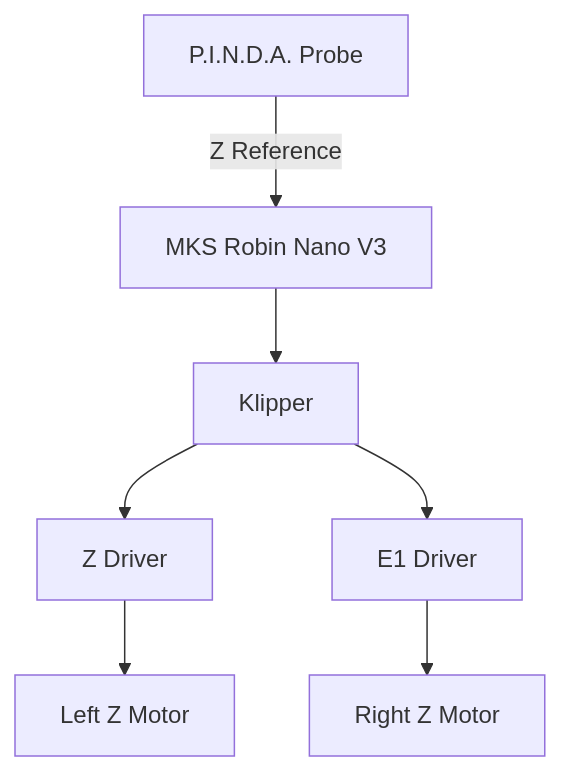
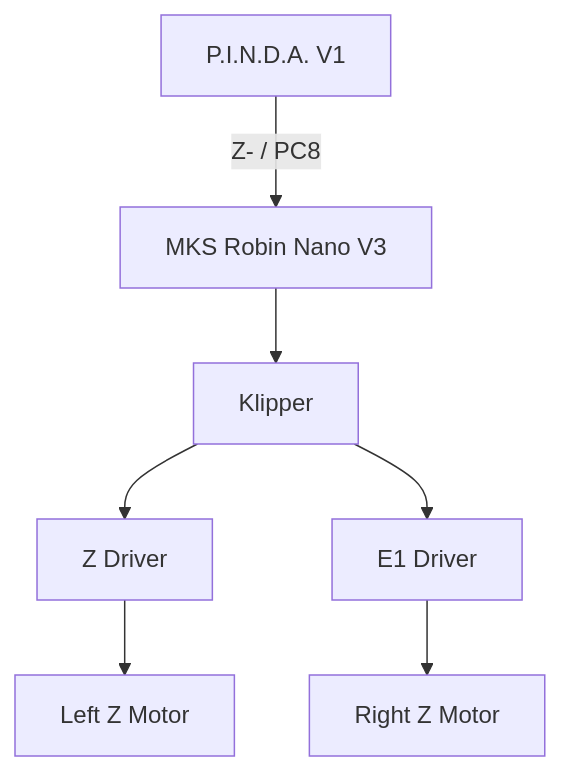
The third of 3 diagrams in docs/3d-printers/my-cloner/wiring/motors-and-homing.md (EdgarMata/MY-Machines-Docs), drawn with Mermaid before and after one commit. The commit also changed other lines of this file and 68 other files, not shown here.

````diff
--- a/docs/3d-printers/my-cloner/wiring/motors-and-homing.md
+++ b/docs/3d-printers/my-cloner/wiring/motors-and-homing.md
@@ -320,11 +312,11 @@
 ```mermaid
 graph TD
-    PINDA[P.I.N.D.A. Probe] -->|Z Reference| MCU[MKS Robin Nano V3]
+    PINDA[P.I.N.D.A. V1] -->|Z- / PC8| MCU[MKS Robin Nano V3]
     MCU --> KLIPPER[Klipper]
 
     KLIPPER --> ZDRV[Z Driver]
     KLIPPER --> E1DRV[E1 Driver]
 
     ZDRV --> ZL[Left Z Motor]
     E1DRV --> ZR[Right Z Motor]
 ```
````
